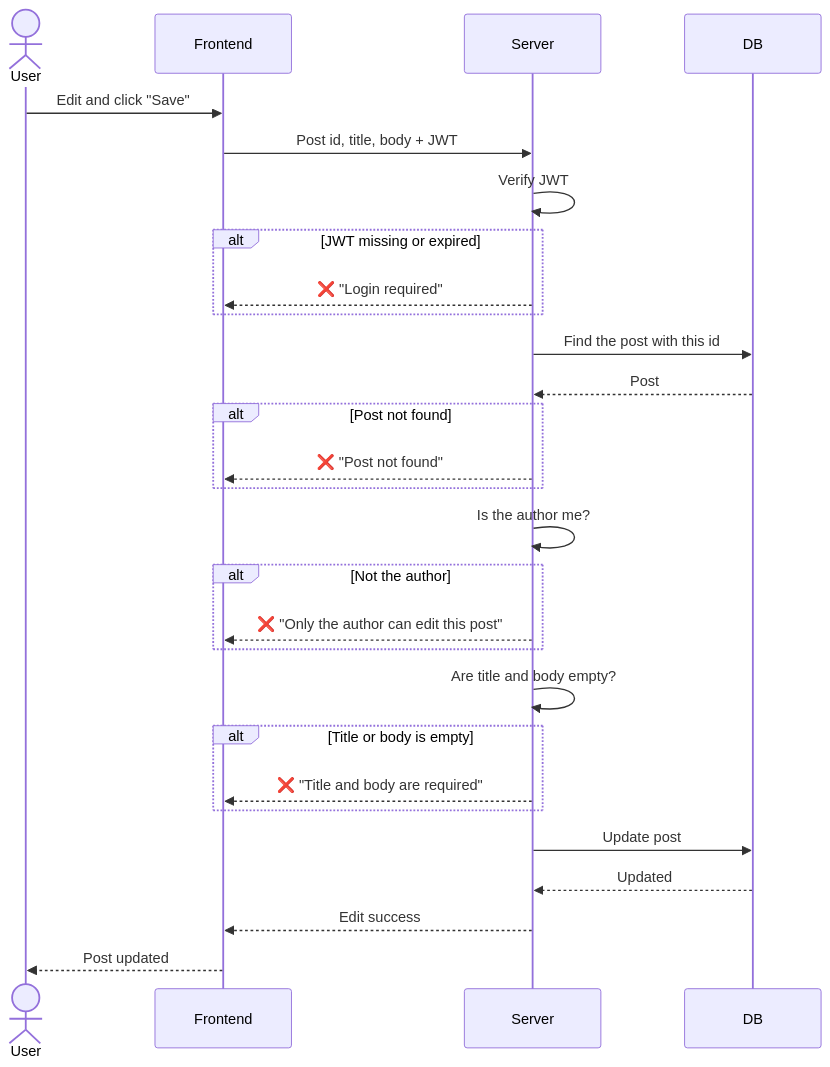
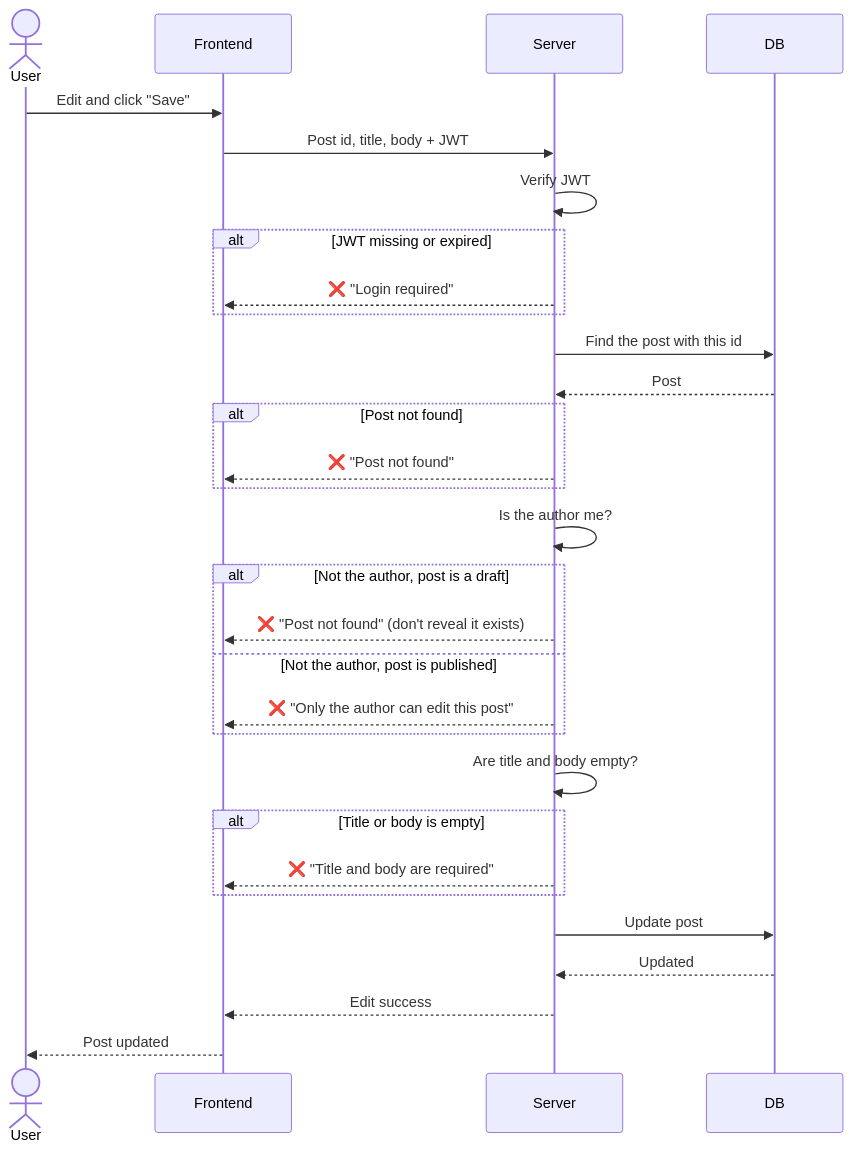
The second of 7 diagrams in docs/sequence-diagrams/post.md (yhan0704/blogBackend), drawn with Mermaid before and after one commit. The commit also changed other lines of this file and 2 other files, not shown here.

Commit message:
docs: hide others' drafts everywhere, add my posts, sort by published_at

````diff
--- a/docs/sequence-diagrams/post.md
+++ b/docs/sequence-diagrams/post.md
@@ -39,31 +39,33 @@
 ```mermaid
 sequenceDiagram
     actor User
     participant Frontend
     participant Server
     participant DB
 
     User->>Frontend: Edit and click "Save"
     Frontend->>Server: Post id, title, body + JWT
     Server->>Server: Verify JWT
     alt JWT missing or expired
         Server-->>Frontend: ❌ "Login required"
     end
     Server->>DB: Find the post with this id
     DB-->>Server: Post
     alt Post not found
         Server-->>Frontend: ❌ "Post not found"
     end
     Server->>Server: Is the author me?
-    alt Not the author
+    alt Not the author, post is a draft
+        Server-->>Frontend: ❌ "Post not found" (don't reveal it exists)
+    else Not the author, post is published
         Server-->>Frontend: ❌ "Only the author can edit this post"
     end
     Server->>Server: Are title and body empty?
     alt Title or body is empty
         Server-->>Frontend: ❌ "Title and body are required"
     end
     Server->>DB: Update post
     DB-->>Server: Updated
     Server-->>Frontend: Edit success
     Frontend-->>User: Post updated
 ```
````
